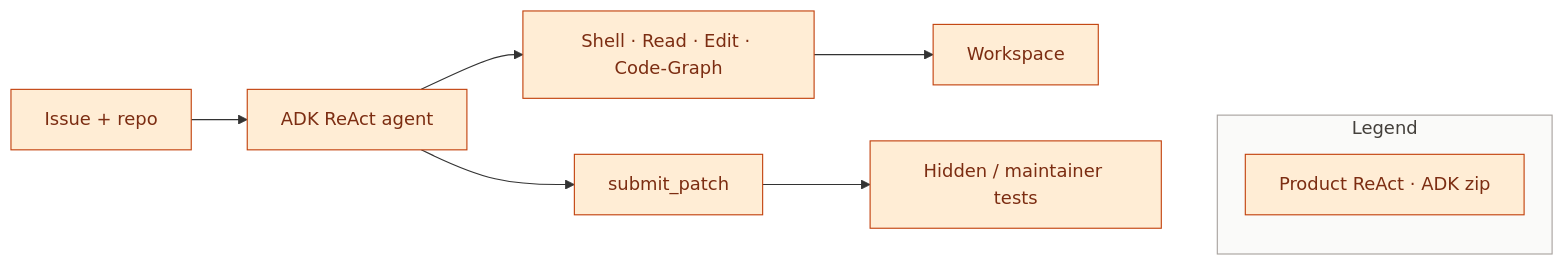
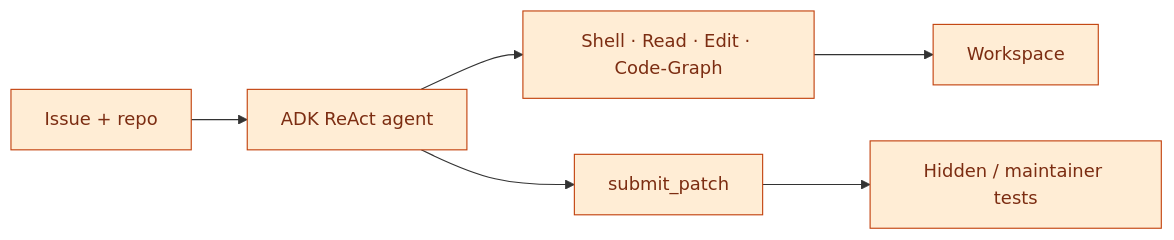
The fourth of 7 diagrams in docs/wiki/Architecture.md (khaosans/noisegate-gemma4-factory), drawn with Mermaid before and after one commit. The commit also changed other lines of this file and 4 other files, not shown here.

First line of the commit message:
docs: compact Mermaid legends to single Key lines

````diff
--- a/docs/wiki/Architecture.md
+++ b/docs/wiki/Architecture.md
@@ -137,17 +122,11 @@
 ```mermaid
 flowchart LR
   Issue[Issue + repo] --> Agent[ADK ReAct agent]
   Agent --> Tools[Shell · Read · Edit · Code-Graph]
   Tools --> WS[Workspace]
   Agent --> Submit[submit_patch]
   Submit --> Tests[Hidden / maintainer tests]
 
-  subgraph Legend["Legend"]
-    LegP[Product ReAct · ADK zip]
-  end
-  Tests ~~~ LegP
-
   classDef product fill:#FFEDD5,stroke:#C2410C,color:#7C2D12
-  class Issue,Agent,Tools,WS,Submit,Tests,LegP product
-  style Legend fill:#FAFAF9,stroke:#A8A29E,color:#44403C
+  class Issue,Agent,Tools,WS,Submit,Tests product
 ```
````
